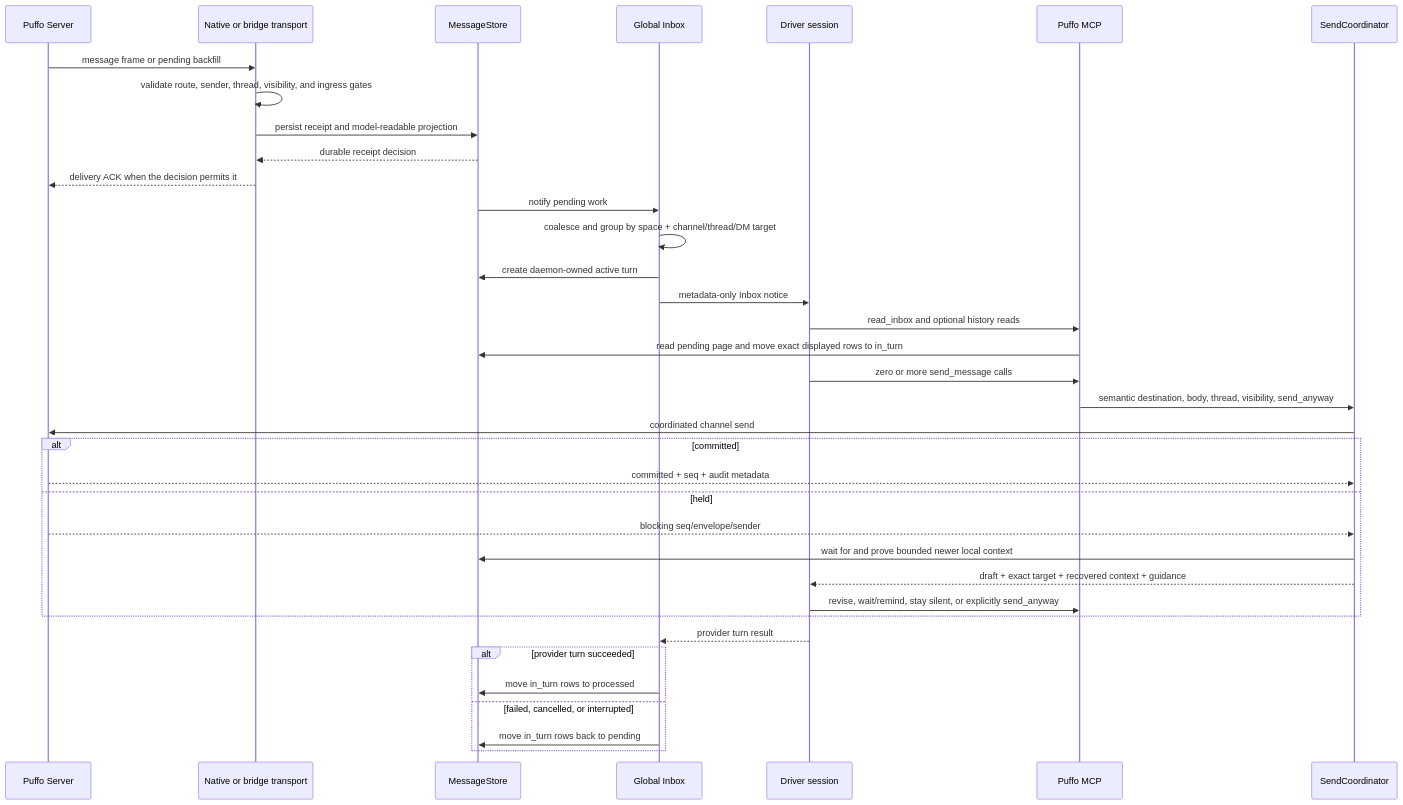
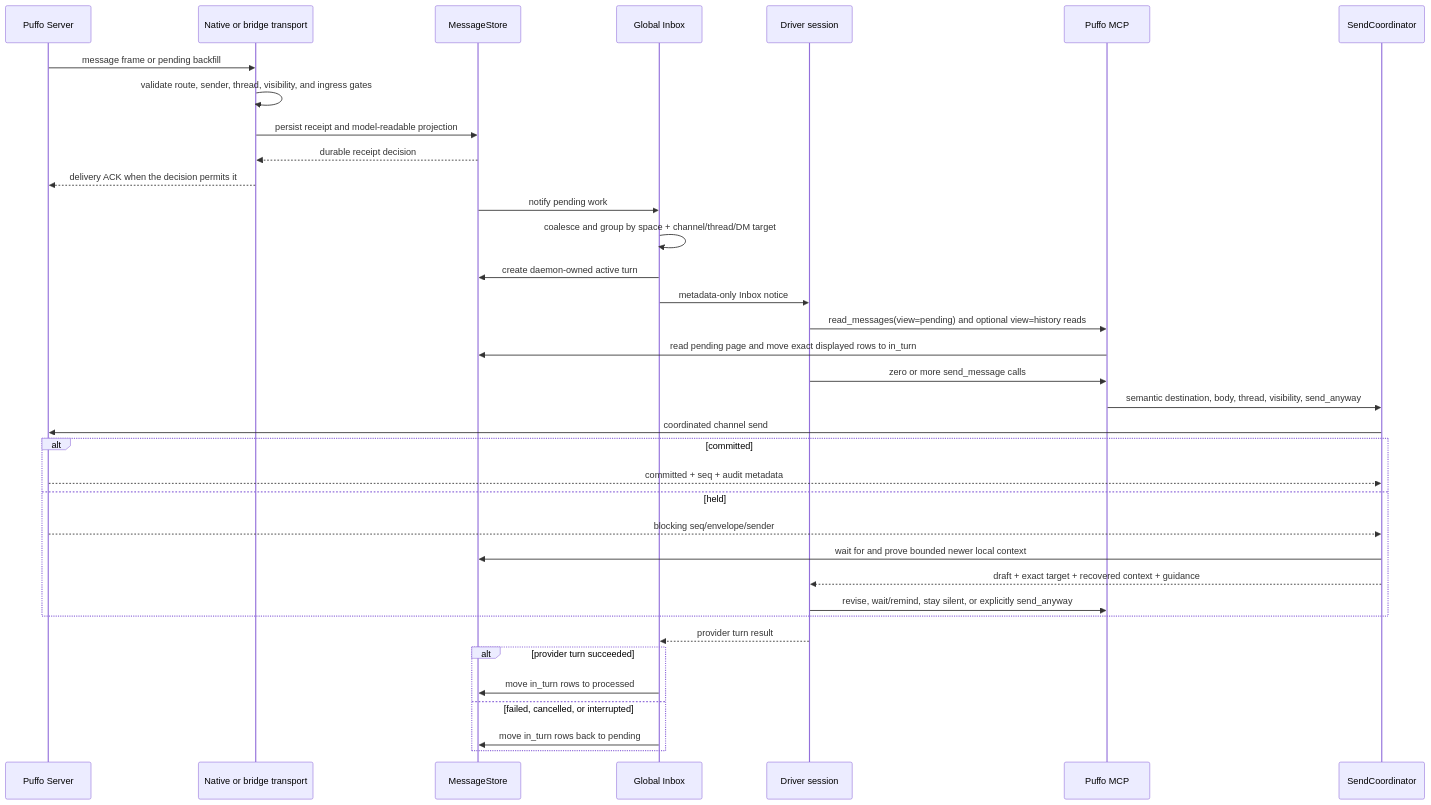
The second of 2 diagrams in docs/ARCHITECTURE.md (TZZheng/puffo-agent), drawn with Mermaid before and after one commit. The commit also changed other lines of this file and 25 other files, not shown here.

````diff
--- a/docs/ARCHITECTURE.md
+++ b/docs/ARCHITECTURE.md
@@ -88,39 +88,39 @@
 ```mermaid
 sequenceDiagram
     participant S as Puffo Server
     participant T as Native or bridge transport
     participant DB as MessageStore
     participant I as Global Inbox
     participant L as Driver session
     participant M as Puffo MCP
     participant C as SendCoordinator
 
     S->>T: message frame or pending backfill
     T->>T: validate route, sender, thread, visibility, and ingress gates
     T->>DB: persist receipt and model-readable projection
     DB-->>T: durable receipt decision
     T-->>S: delivery ACK when the decision permits it
     DB->>I: notify pending work
     I->>I: coalesce and group by space + channel/thread/DM target
     I->>DB: create daemon-owned active turn
     I->>L: metadata-only Inbox notice
-    L->>M: read_inbox and optional history reads
+    L->>M: read_messages(view=pending) and optional view=history reads
     M->>DB: read pending page and move exact displayed rows to in_turn
     L->>M: zero or more send_message calls
     M->>C: semantic destination, body, thread, visibility, send_anyway
     C->>S: coordinated channel send
     alt committed
         S-->>C: committed + seq + audit metadata
     else held
         S-->>C: blocking seq/envelope/sender
         C->>DB: wait for and prove bounded newer local context
         C-->>L: draft + exact target + recovered context + guidance
         L->>M: revise, wait/remind, stay silent, or explicitly send_anyway
     end
     L-->>I: provider turn result
     alt provider turn succeeded
         I->>DB: move in_turn rows to processed
     else failed, cancelled, or interrupted
         I->>DB: move in_turn rows back to pending
     end
 ```
````
